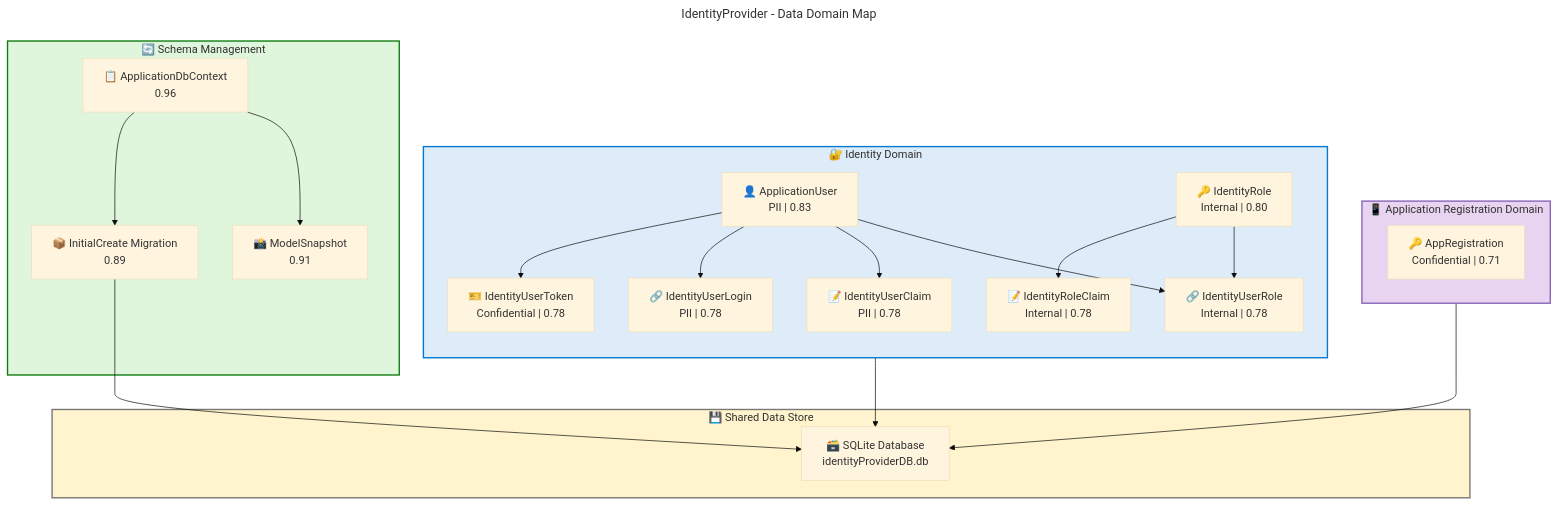
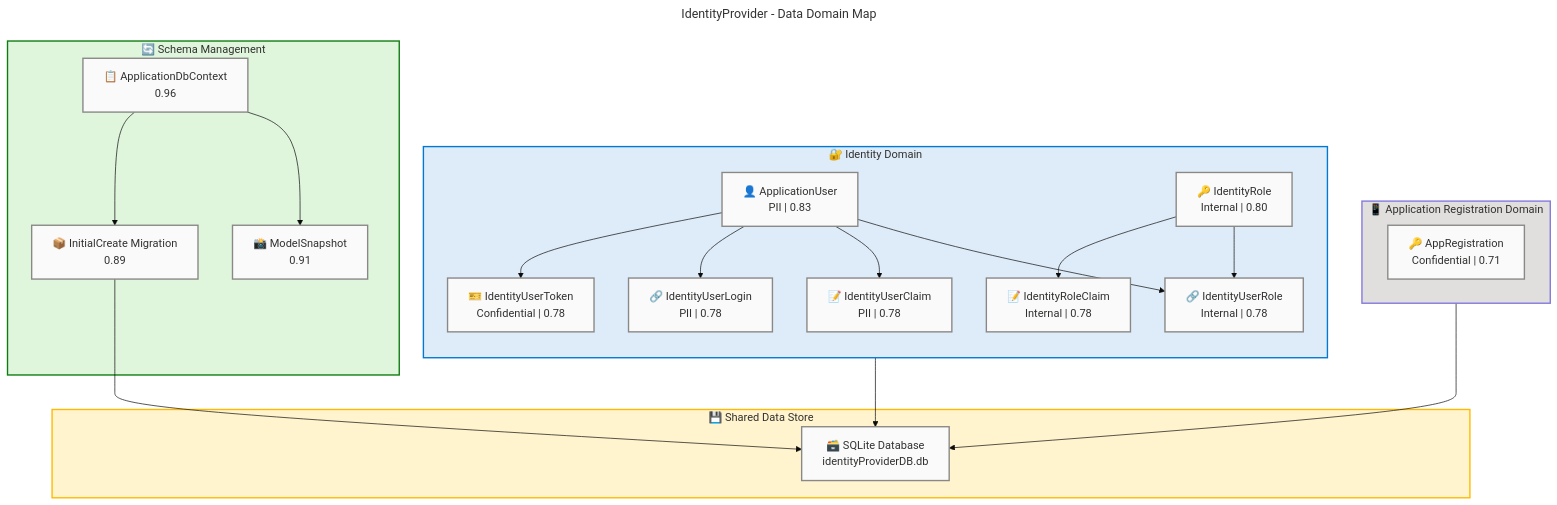
Before and after one commit to Evilazaro/IdentityProvider: the first of 13 diagrams in docs/architecture/data-architecture.md, drawn with Mermaid. The commit also changed other lines of this file, not shown here.

Commit message:
Enhance data architecture diagrams with accessibility features and improved styling for clarity

````diff
--- a/docs/architecture/data-architecture.md
+++ b/docs/architecture/data-architecture.md
@@ -93,58 +93,68 @@
 ```mermaid
 ---
 title: IdentityProvider - Data Domain Map
 config:
   theme: base
   look: classic
   layout: dagre
   themeVariables:
     fontSize: '16px'
   flowchart:
     htmlLabels: true
 ---
 flowchart TB
     accTitle: IdentityProvider Data Domain Map
     accDescr: Diagram showing the two primary data domains (Identity and Application Registration) with their constituent entities and relationships to the shared data store
 
+    %% ── AZURE / FLUENT v1.1 ──────────────────────────────────
+    %% PHASE 1 — Structural ✔  direction explicit, nesting ≤ 3
+    %% PHASE 2 — Semantic   ✔  neutral-first, max 5 classes
+    %% PHASE 3 — Font       ✔  dark text on light bg
+    %% PHASE 4 — Accessibility ✔  accTitle + accDescr present
+    %% PHASE 5 — Standards  ✔  centralized classDefs below
+    %% ─────────────────────────────────────────────────────────
+
     subgraph IDENTITY_DOMAIN["🔐 Identity Domain"]
         direction TB
-        AU["👤 ApplicationUser\nPII | 0.83"]
-        IR["🔑 IdentityRole\nInternal | 0.80"]
-        IUR["🔗 IdentityUserRole\nInternal | 0.78"]
-        IUC["📝 IdentityUserClaim\nPII | 0.78"]
-        IRC["📝 IdentityRoleClaim\nInternal | 0.78"]
-        IUL["🔗 IdentityUserLogin\nPII | 0.78"]
-        IUT["🎫 IdentityUserToken\nConfidential | 0.78"]
+        AU["👤 ApplicationUser\nPII | 0.83"]:::neutral
+        IR["🔑 IdentityRole\nInternal | 0.80"]:::neutral
+        IUR["🔗 IdentityUserRole\nInternal | 0.78"]:::neutral
+        IUC["📝 IdentityUserClaim\nPII | 0.78"]:::neutral
+        IRC["📝 IdentityRoleClaim\nInternal | 0.78"]:::neutral
+        IUL["🔗 IdentityUserLogin\nPII | 0.78"]:::neutral
+        IUT["🎫 IdentityUserToken\nConfidential | 0.78"]:::neutral
     end
 
     subgraph APPREG_DOMAIN["📱 Application Registration Domain"]
-        AR["🔑 AppRegistration\nConfidential | 0.71"]
+        AR["🔑 AppRegistration\nConfidential | 0.71"]:::neutral
     end
 
     subgraph DATA_STORE["💾 Shared Data Store"]
-        SQLITE["🗃️ SQLite Database\nidentityProviderDB.db"]
+        SQLITE["🗃️ SQLite Database\nidentityProviderDB.db"]:::neutral
     end
 
     subgraph SCHEMA_MGMT["🔄 Schema Management"]
-        MIG["📦 InitialCreate Migration\n0.89"]
-        SNAP["📸 ModelSnapshot\n0.91"]
-        CTX["📋 ApplicationDbContext\n0.96"]
+        MIG["📦 InitialCreate Migration\n0.89"]:::neutral
+        SNAP["📸 ModelSnapshot\n0.91"]:::neutral
+        CTX["📋 ApplicationDbContext\n0.96"]:::neutral
     end
 
     AU --> IUR
     IR --> IUR
     AU --> IUC
     IR --> IRC
     AU --> IUL
     AU --> IUT
     IDENTITY_DOMAIN --> SQLITE
     APPREG_DOMAIN --> SQLITE
     CTX --> MIG
     CTX --> SNAP
     MIG --> SQLITE
 
+    classDef neutral fill:#FAFAFA,stroke:#8A8886,stroke-width:2px,color:#323130
+
     style IDENTITY_DOMAIN fill:#DEECF9,stroke:#0078D4,stroke-width:2px,color:#323130
-    style APPREG_DOMAIN fill:#E8D4F0,stroke:#8764B8,stroke-width:2px,color:#323130
-    style DATA_STORE fill:#FFF4CE,stroke:#797673,stroke-width:2px,color:#323130
+    style APPREG_DOMAIN fill:#E1DFDD,stroke:#8378DE,stroke-width:2px,color:#323130
+    style DATA_STORE fill:#FFF4CE,stroke:#FFB900,stroke-width:2px,color:#323130
     style SCHEMA_MGMT fill:#DFF6DD,stroke:#107C10,stroke-width:2px,color:#323130
 ```
````
